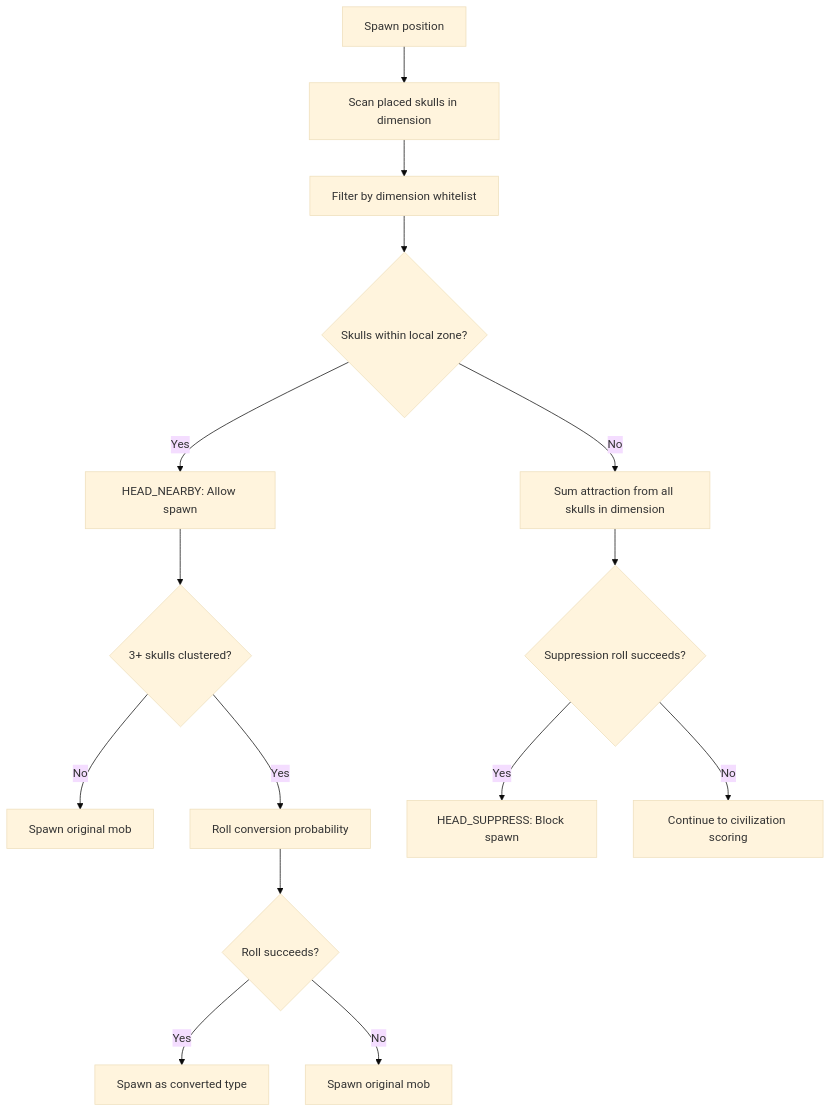
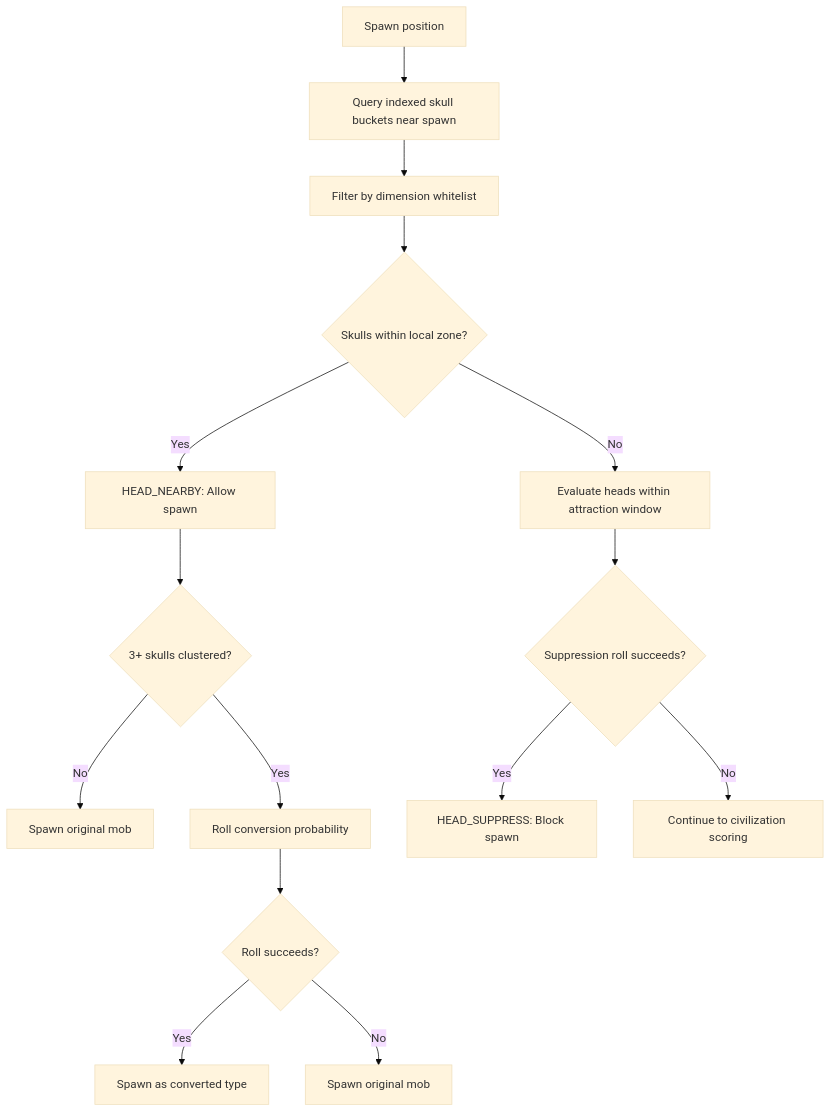
Before and after one commit to MaoxnZ/Civillis: the fourth of 6 diagrams in docs/technical/architecture.md, drawn with Mermaid (base theme). The commit also changed other lines of this file and 3 other files, not shown here.

````diff
--- a/docs/technical/architecture.md
+++ b/docs/technical/architecture.md
@@ -126,28 +126,28 @@
 ```mermaid
 flowchart TD
     SpawnPos["Spawn position"]
-    ScanHeads["Scan placed skulls in dimension"]
+    ScanHeads["Query indexed skull buckets near spawn"]
     DimFilter["Filter by dimension whitelist"]
     LocalZone{Skulls within local zone?}
     AllowSpawn["HEAD_NEARBY: Allow spawn"]
     CountHeads{"3+ skulls clustered?"}
     NoConvert["Spawn original mob"]
     RollConvert["Roll conversion probability"]
     ConvertSuccess{Roll succeeds?}
     SpawnConverted["Spawn as converted type"]
     SpawnOriginal["Spawn original mob"]
-    DistantCalc["Sum attraction from all skulls in dimension"]
+    DistantCalc["Evaluate heads within attraction window"]
     SuppressRoll{Suppression roll succeeds?}
     BlockSpawn["HEAD_SUPPRESS: Block spawn"]
     ContinueToCiv["Continue to civilization scoring"]
 
     SpawnPos --> ScanHeads --> DimFilter --> LocalZone
     LocalZone -->|Yes| AllowSpawn --> CountHeads
     CountHeads -->|No| NoConvert
     CountHeads -->|Yes| RollConvert --> ConvertSuccess
     ConvertSuccess -->|Yes| SpawnConverted
     ConvertSuccess -->|No| SpawnOriginal
     LocalZone -->|No| DistantCalc --> SuppressRoll
     SuppressRoll -->|Yes| BlockSpawn
     SuppressRoll -->|No| ContinueToCiv
 ```
````
